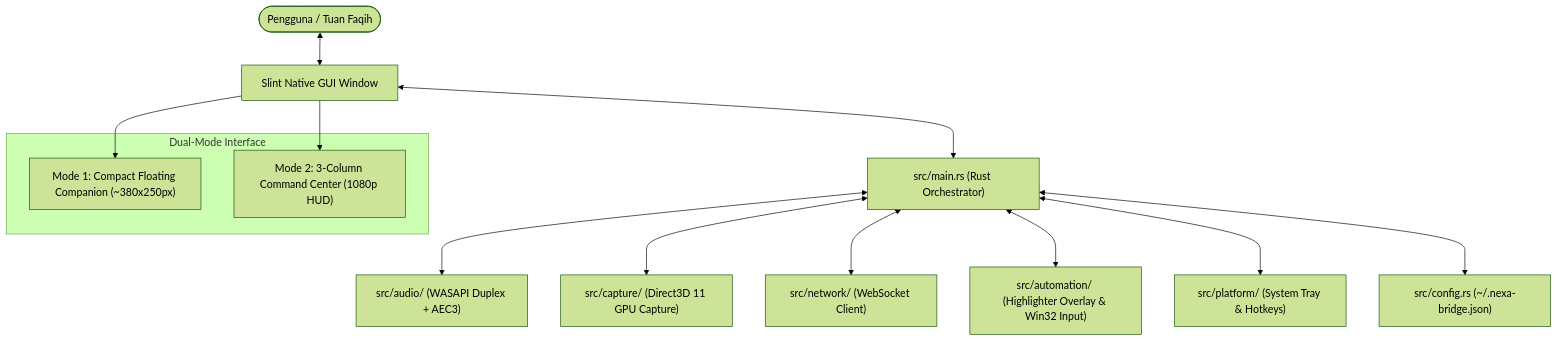
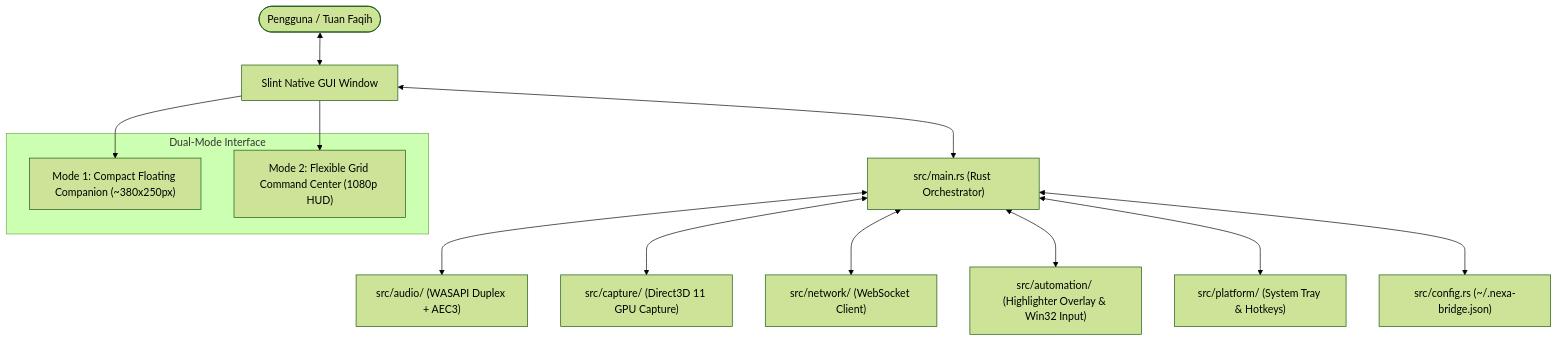
One commit to Knightrelaxed/nexa-windows-bridge changed the first of 2 diagrams in docs/UI_COMPONENTS_AND_SPECIFICATION.md. Above: the diagram before and after it, drawn with Mermaid (forest theme). The commit also changed other lines of this file and 10 other files, not shown here.

First line of the commit message:
feat(ui): implement full-screen dynamic flexible grid with smooth draggable splitters

````diff
--- a/docs/UI_COMPONENTS_AND_SPECIFICATION.md
+++ b/docs/UI_COMPONENTS_AND_SPECIFICATION.md
@@ -27,20 +28,20 @@
 ```mermaid
 flowchart TD
     User([Pengguna / Tuan Faqih]) <--> UI[Slint Native GUI Window]
     
     subgraph UI_MODES ["Dual-Mode Interface"]
         Mode1["Mode 1: Compact Floating Companion (~380x250px)"]
-        Mode2["Mode 2: 3-Column Command Center (1080p HUD)"]
+        Mode2["Mode 2: Flexible Grid Command Center (1080p HUD)"]
     end
     
     UI --> Mode1
     UI --> Mode2
     
     UI <--> RustBridge["src/main.rs (Rust Orchestrator)"]
     RustBridge <--> Audio["src/audio/ (WASAPI Duplex + AEC3)"]
     RustBridge <--> Vision["src/capture/ (Direct3D 11 GPU Capture)"]
     RustBridge <--> Network["src/network/ (WebSocket Client)"]
     RustBridge <--> Auto["src/automation/ (Highlighter Overlay & Win32 Input)"]
     RustBridge <--> Tray["src/platform/ (System Tray & Hotkeys)"]
     RustBridge <--> Config["src/config.rs (~/.nexa-bridge.json)"]
 ```
````
